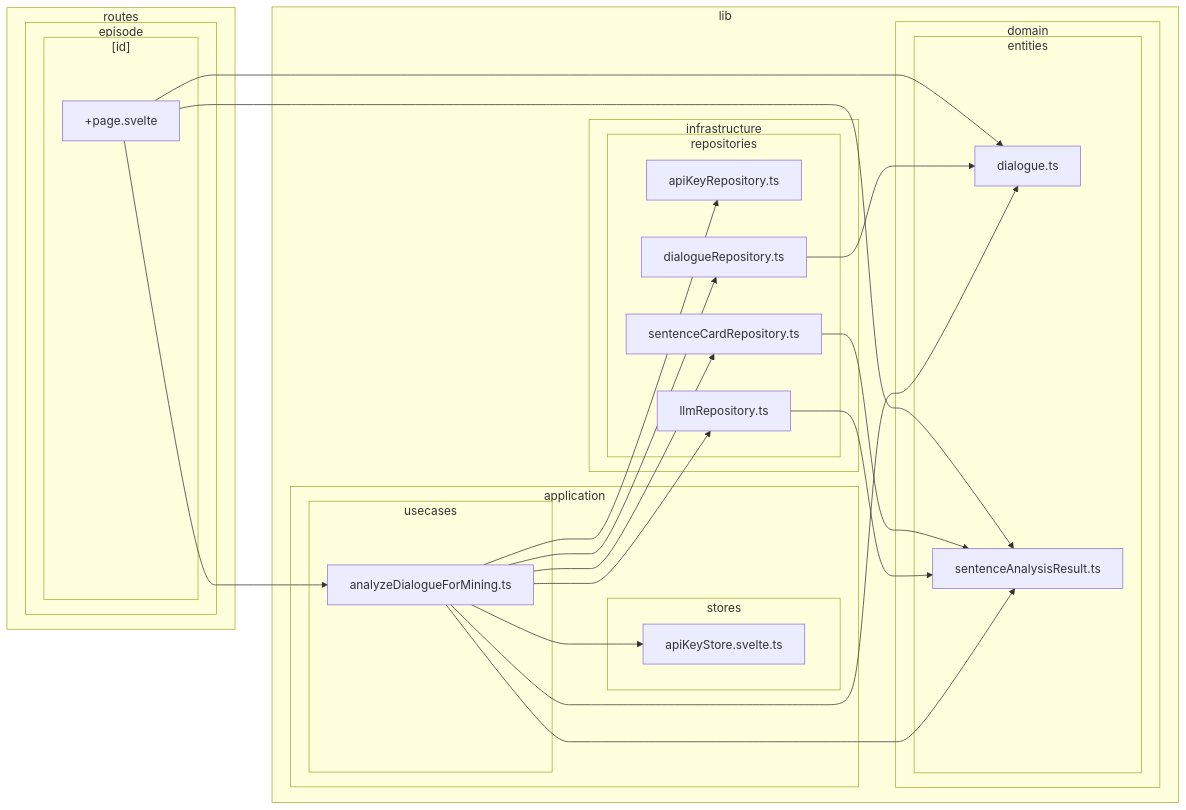
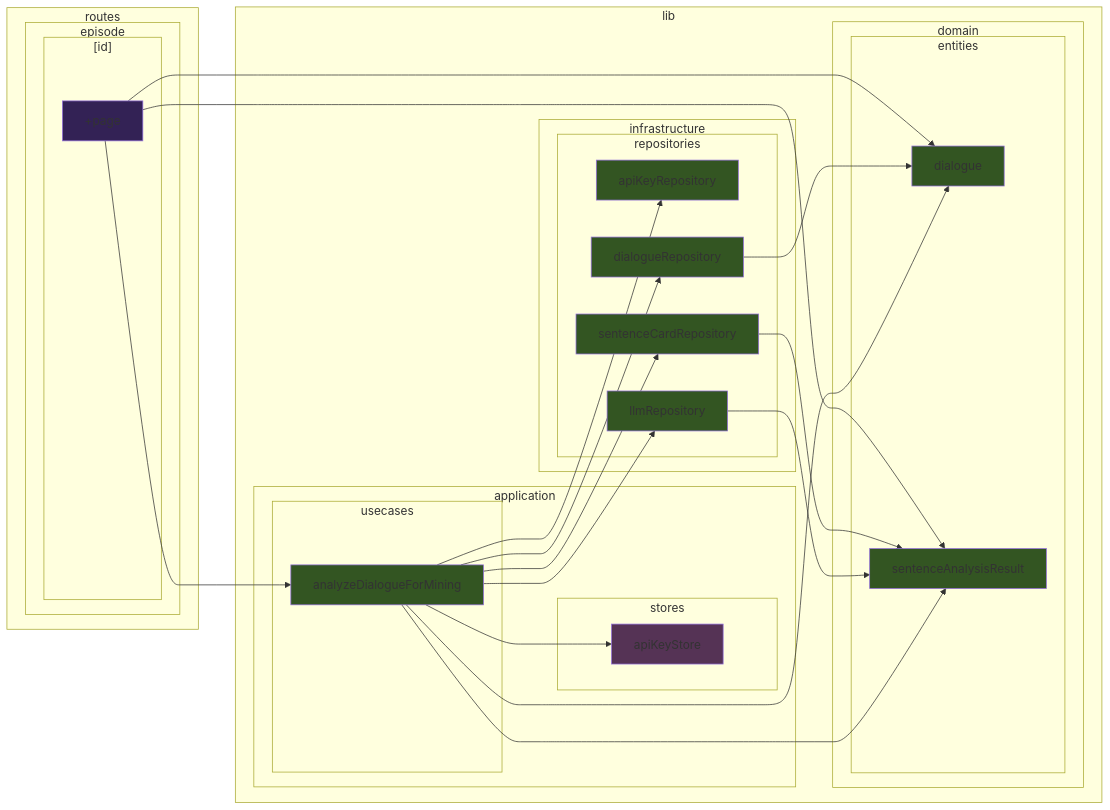
One commit to k5n/kotonoha changed the ninth of 39 diagrams in doc/dependency-graph.md. Above: the diagram before and after it, drawn with Mermaid. The commit also changed other lines of this file, not shown here.

````diff
--- a/doc/dependency-graph.md
+++ b/doc/dependency-graph.md
@@ -370,47 +494,59 @@
 ```mermaid
 graph LR
+    classDef cssSvelteComponent fill:#325;
+    classDef cssSvelteScript fill:#535;
+    classDef cssTypeScript fill:#352;
         subgraph sg_lib ["lib"]
             subgraph sg_lib_application ["application"]
                 subgraph sg_lib_application_stores ["stores"]
-                    src_lib_application_stores_apiKeyStore_svelte_ts["apiKeyStore.svelte.ts"]
+                    src_lib_application_stores_apiKeyStore_svelte_ts["apiKeyStore"]
                 end
                 subgraph sg_lib_application_usecases ["usecases"]
-                    src_lib_application_usecases_analyzeDialogueForMining_ts["analyzeDialogueForMining.ts"]
+                    src_lib_application_usecases_analyzeDialogueForMining_ts["analyzeDialogueForMining"]
                 end
             end
             subgraph sg_lib_domain ["domain"]
                 subgraph sg_lib_domain_entities ["entities"]
-                    src_lib_domain_entities_dialogue_ts["dialogue.ts"]
-                    src_lib_domain_entities_sentenceAnalysisResult_ts["sentenceAnalysisResult.ts"]
+                    src_lib_domain_entities_dialogue_ts["dialogue"]
+                    src_lib_domain_entities_sentenceAnalysisResult_ts["sentenceAnalysisResult"]
                 end
             end
             subgraph sg_lib_infrastructure ["infrastructure"]
                 subgraph sg_lib_infrastructure_repositories ["repositories"]
-                    src_lib_infrastructure_repositories_apiKeyRepository_ts["apiKeyRepository.ts"]
-                    src_lib_infrastructure_repositories_dialogueRepository_ts["dialogueRepository.ts"]
-                    src_lib_infrastructure_repositories_llmRepository_ts["llmRepository.ts"]
-                    src_lib_infrastructure_repositories_sentenceCardRepository_ts["sentenceCardRepository.ts"]
+                    src_lib_infrastructure_repositories_apiKeyRepository_ts["apiKeyRepository"]
+                    src_lib_infrastructure_repositories_dialogueRepository_ts["dialogueRepository"]
+                    src_lib_infrastructure_repositories_llmRepository_ts["llmRepository"]
+                    src_lib_infrastructure_repositories_sentenceCardRepository_ts["sentenceCardRepository"]
                 end
             end
         end
         subgraph sg_routes ["routes"]
             subgraph sg_routes_episode ["episode"]
                 subgraph sg_routes_episode__id_ ["[id]"]
-                    src_routes_episode__id___page_svelte["+page.svelte"]
+                    src_routes_episode__id___page_svelte["+page"]
                 end
             end
         end
     src_lib_application_usecases_analyzeDialogueForMining_ts --> src_lib_application_stores_apiKeyStore_svelte_ts
     src_lib_application_usecases_analyzeDialogueForMining_ts --> src_lib_domain_entities_dialogue_ts
     src_lib_application_usecases_analyzeDialogueForMining_ts --> src_lib_domain_entities_sentenceAnalysisResult_ts
     src_lib_application_usecases_analyzeDialogueForMining_ts --> src_lib_infrastructure_repositories_apiKeyRepository_ts
     src_lib_application_usecases_analyzeDialogueForMining_ts --> src_lib_infrastructure_repositories_dialogueRepository_ts
     src_lib_application_usecases_analyzeDialogueForMining_ts --> src_lib_infrastructure_repositories_llmRepository_ts
     src_lib_application_usecases_analyzeDialogueForMining_ts --> src_lib_infrastructure_repositories_sentenceCardRepository_ts
     src_lib_infrastructure_repositories_dialogueRepository_ts --> src_lib_domain_entities_dialogue_ts
     src_lib_infrastructure_repositories_llmRepository_ts --> src_lib_domain_entities_sentenceAnalysisResult_ts
     src_lib_infrastructure_repositories_sentenceCardRepository_ts --> src_lib_domain_entities_sentenceAnalysisResult_ts
     src_routes_episode__id___page_svelte --> src_lib_application_usecases_analyzeDialogueForMining_ts
     src_routes_episode__id___page_svelte --> src_lib_domain_entities_dialogue_ts
     src_routes_episode__id___page_svelte --> src_lib_domain_entities_sentenceAnalysisResult_ts
+    class src_lib_application_stores_apiKeyStore_svelte_ts cssSvelteScript
+    class src_lib_application_usecases_analyzeDialogueForMining_ts cssTypeScript
+    class src_lib_domain_entities_dialogue_ts cssTypeScript
+    class src_lib_domain_entities_sentenceAnalysisResult_ts cssTypeScript
+    class src_lib_infrastructure_repositories_apiKeyRepository_ts cssTypeScript
+    class src_lib_infrastructure_repositories_dialogueRepository_ts cssTypeScript
+    class src_lib_infrastructure_repositories_llmRepository_ts cssTypeScript
+    class src_lib_infrastructure_repositories_sentenceCardRepository_ts cssTypeScript
+    class src_routes_episode__id___page_svelte cssSvelteComponent
 ```
````
